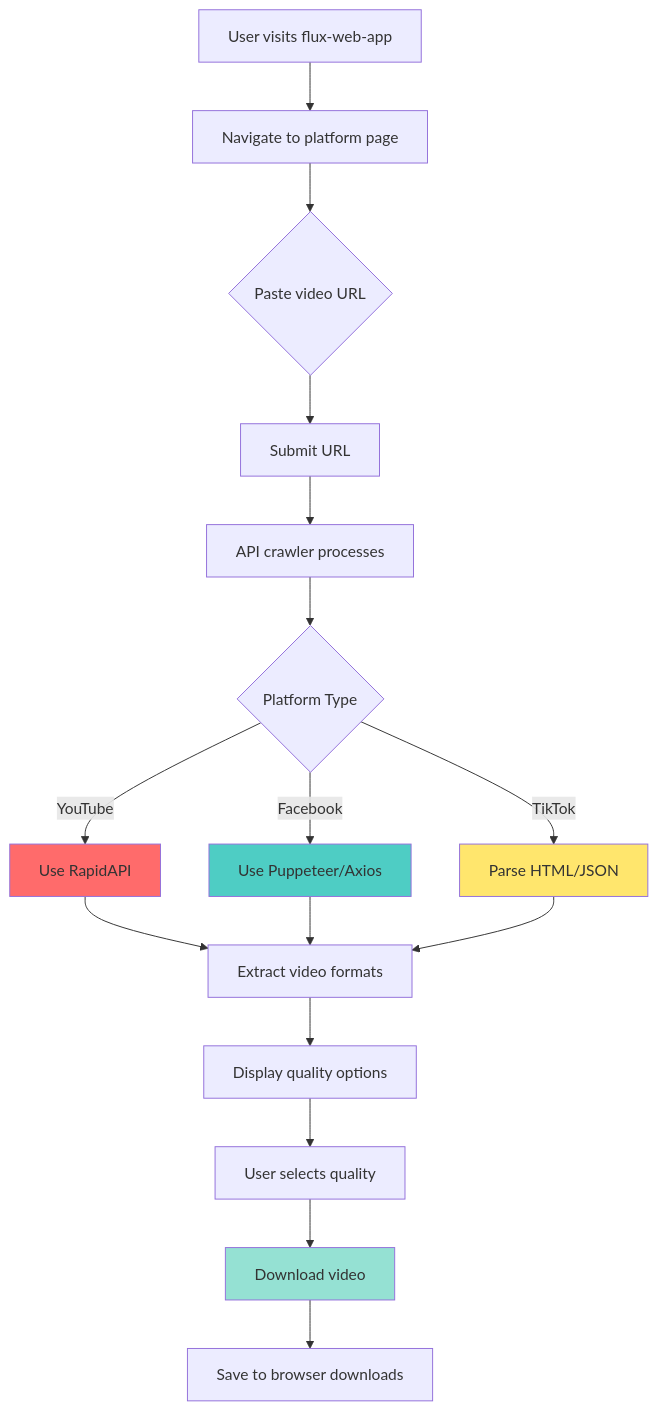
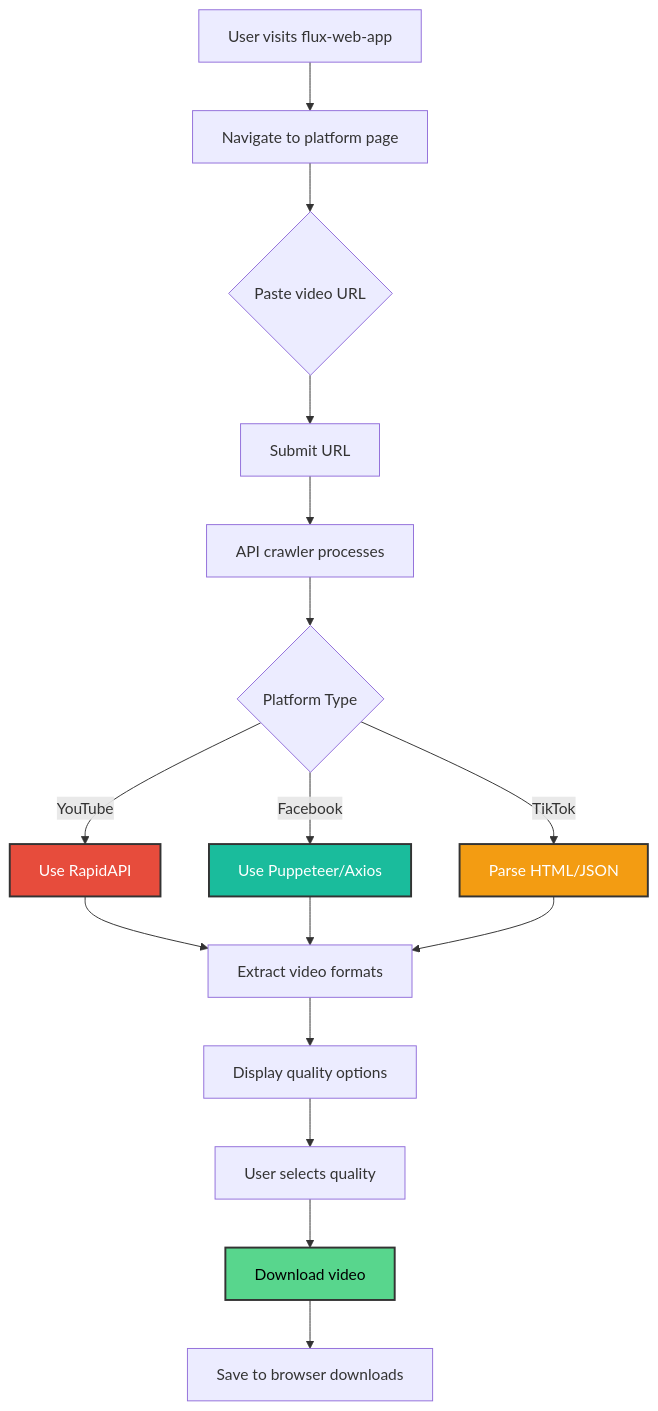
The eighth of 14 diagrams in README.md (lwshakib/flux-video-downloader), drawn with Mermaid before and after one commit. The commit also changed other lines of this file, not shown here.

First line of the commit message:
style: update README diagrams with improved color schemes and stroke properties

````diff
--- a/README.md
+++ b/README.md
@@ -566,26 +566,26 @@
 ```mermaid
 flowchart TD
     A[User visits flux-web-app] --> B[Navigate to platform page]
     B --> C{Paste video URL}
     C --> D[Submit URL]
     D --> E[API crawler processes]
 
     E --> F{Platform Type}
     F -->|YouTube| G[Use RapidAPI]
     F -->|Facebook| H[Use Puppeteer/Axios]
     F -->|TikTok| I[Parse HTML/JSON]
 
     G --> J[Extract video formats]
     H --> J
     I --> J
 
     J --> K[Display quality options]
     K --> L[User selects quality]
     L --> M[Download video]
     M --> N[Save to browser downloads]
 
-    style G fill:#FF6B6B
-    style H fill:#4ECDC4
-    style I fill:#FFE66D
-    style M fill:#95E1D3
+    style G fill:#E74C3C,stroke:#333,stroke-width:2px,color:#fff
+    style H fill:#1ABC9C,stroke:#333,stroke-width:2px,color:#fff
+    style I fill:#F39C12,stroke:#333,stroke-width:2px,color:#fff
+    style M fill:#58D68D,stroke:#333,stroke-width:2px,color:#000
 ```
````
